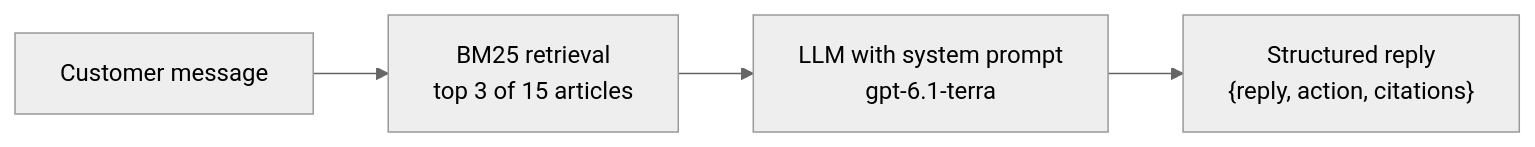
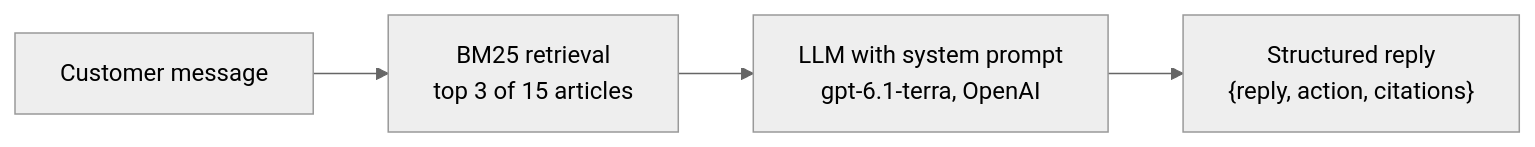
The diagram in README.md (masudr4n4/llm-support-bot-evals), drawn with Mermaid (neutral theme) before and after one commit. The commit also changed other lines of this file and 9 other files, not shown here.

````diff
--- a/README.md
+++ b/README.md
@@ -28,6 +28,6 @@
 ```mermaid
 flowchart LR
     Q[Customer message] --> R[BM25 retrieval<br/>top 3 of 15 articles]
-    R --> L[LLM with system prompt<br/>gpt-6.1-terra]
+    R --> L[LLM with system prompt<br/>gpt-6.1-terra, OpenAI]
     L --> O["Structured reply<br/>{reply, action, citations}"]
 ```
````
